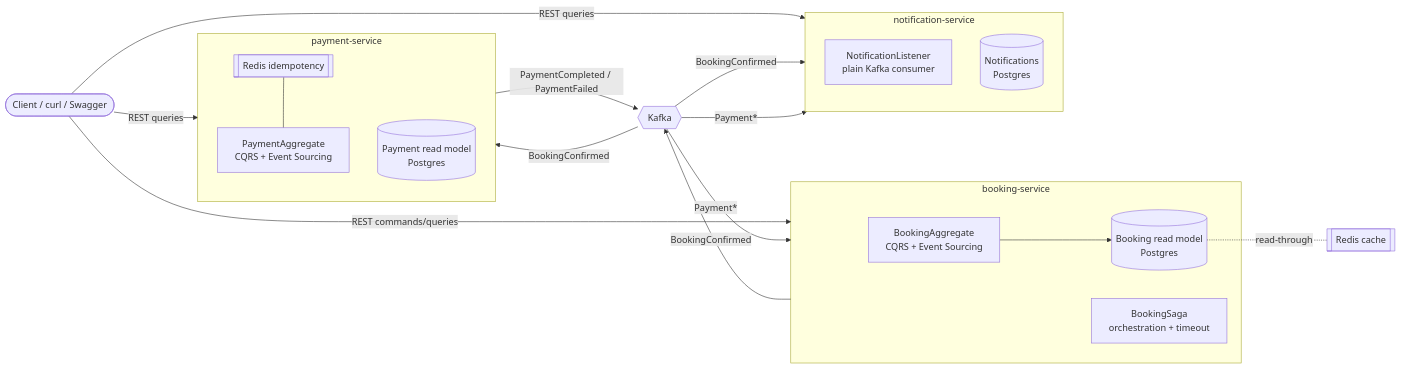
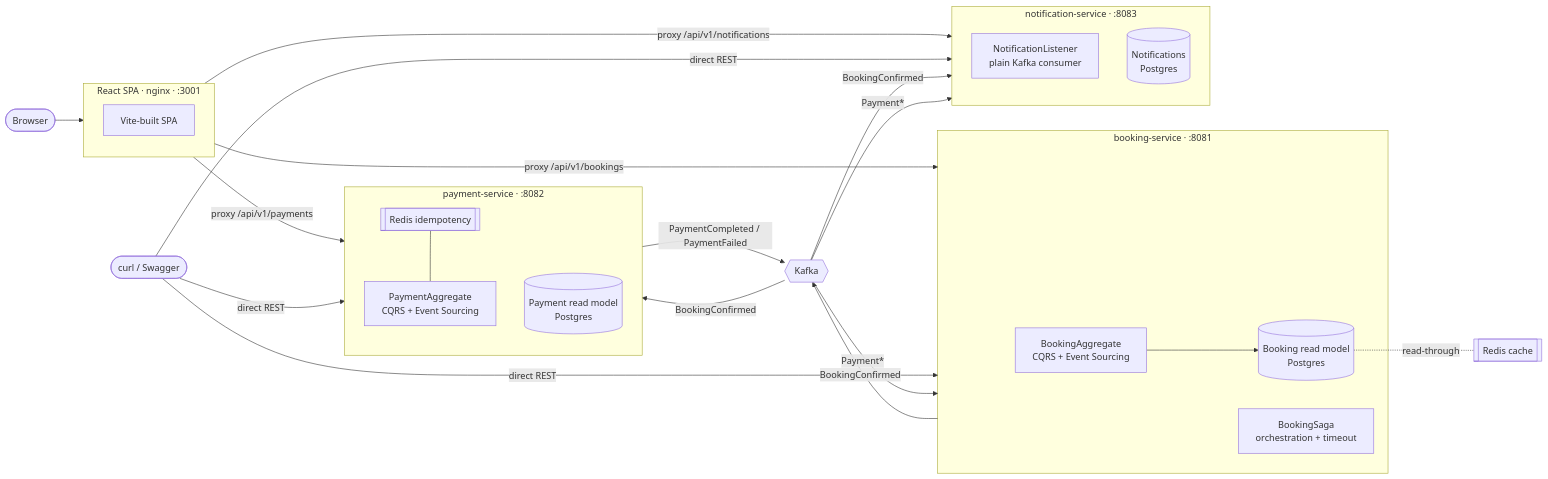
One commit to pavankumarale-hub/tickera changed the first of 3 diagrams in docs/architecture.md. Above: the diagram before and after it, drawn with Mermaid. The commit also changed other lines of this file, not shown here.

Commit message:
docs(architecture): add React SPA / nginx to context diagram and tech map
The UI service (nginx reverse-proxy + Vite-built React SPA on :3001)
was added to docker-compose but was absent from the architecture docs.
Update the context diagram to show browser→nginx→service proxy path
alongside the direct curl/Swagger path. Add Frontend row to tech map.

````diff
--- a/docs/architecture.md
+++ b/docs/architecture.md
@@ -11,38 +11,47 @@
 ```mermaid
 flowchart LR
-    client([Client / curl / Swagger])
+    browser([Browser])
+    cli([curl / Swagger])
 
-    subgraph booking[booking-service]
+    subgraph ui_svc[React SPA · nginx · :3001]
+        spa[Vite-built SPA]
+    end
+
+    subgraph booking[booking-service · :8081]
         bAgg[BookingAggregate<br/>CQRS + Event Sourcing]
         bProj[(Booking read model<br/>Postgres)]
         bSaga[BookingSaga<br/>orchestration + timeout]
     end
 
-    subgraph payment[payment-service]
+    subgraph payment[payment-service · :8082]
         pAgg[PaymentAggregate<br/>CQRS + Event Sourcing]
         pProj[(Payment read model<br/>Postgres)]
         idem[[Redis idempotency]]
     end
 
-    subgraph notification[notification-service]
+    subgraph notification[notification-service · :8083]
         nList[NotificationListener<br/>plain Kafka consumer]
         nDb[(Notifications<br/>Postgres)]
     end
 
     redis[[Redis cache]]
     kafka{{Kafka}}
 
-    client -->|REST commands/queries| booking
-    client -->|REST queries| payment
-    client -->|REST queries| notification
+    browser --> ui_svc
+    ui_svc -->|proxy /api/v1/bookings| booking
+    ui_svc -->|proxy /api/v1/payments| payment
+    ui_svc -->|proxy /api/v1/notifications| notification
+    cli -->|direct REST| booking
+    cli -->|direct REST| payment
+    cli -->|direct REST| notification
 
     bAgg --> bProj
     bProj -. read-through .- redis
     booking -->|BookingConfirmed| kafka
     kafka -->|BookingConfirmed| payment
     kafka -->|BookingConfirmed| notification
     payment -->|PaymentCompleted / PaymentFailed| kafka
     kafka -->|Payment*| booking
     kafka -->|Payment*| notification
     idem --- pAgg
 ```
````
